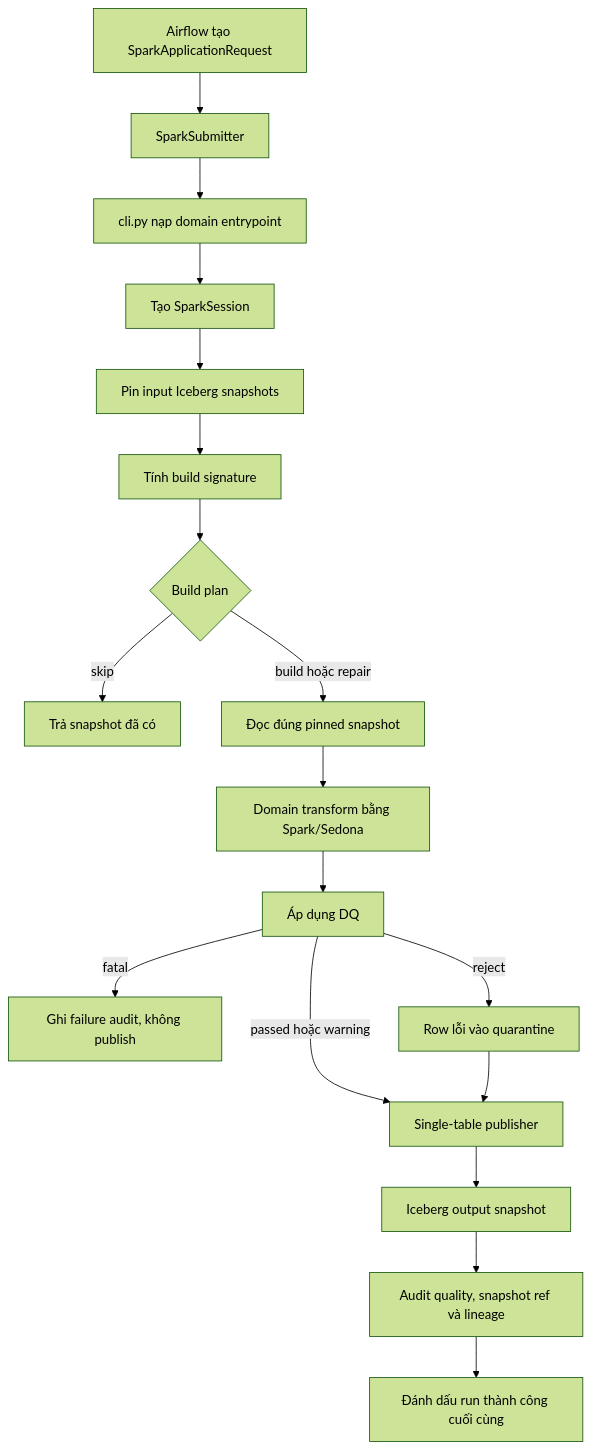
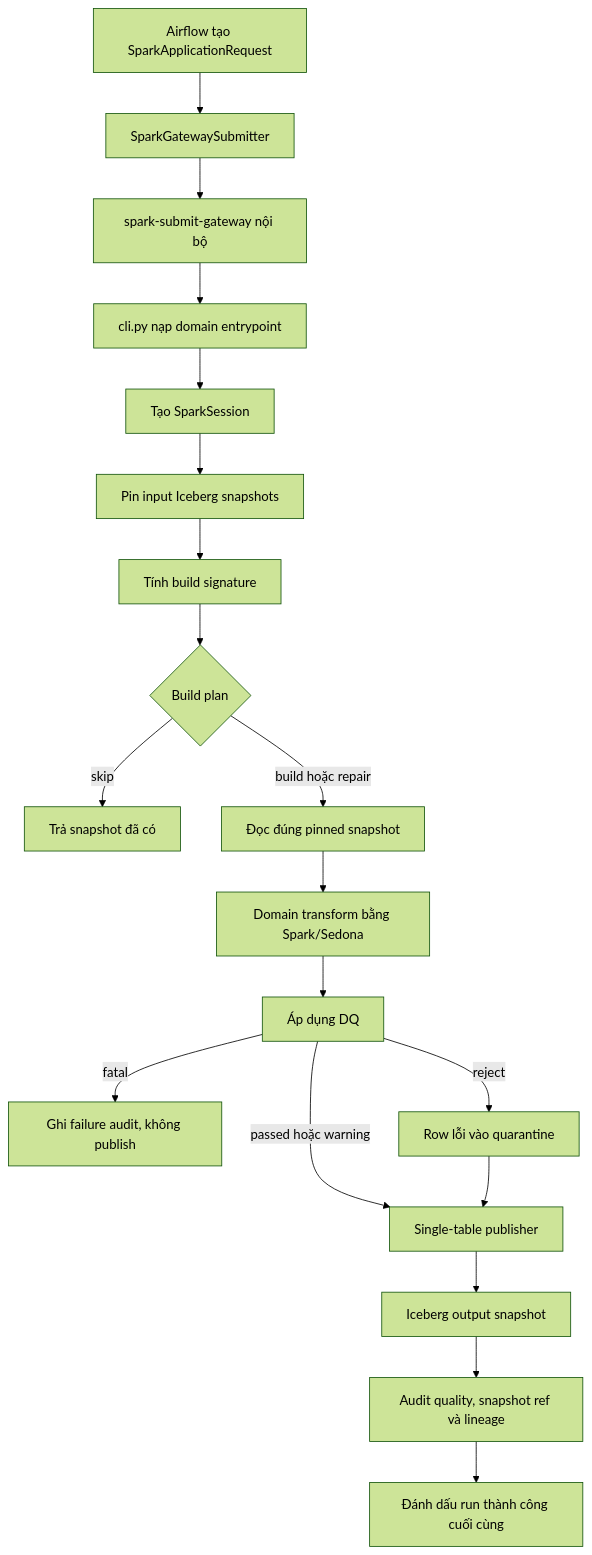
The diagram in src/flashflood_data/shared/spark/README.md (cloud-vmih/flood-lake-kg), drawn with Mermaid (forest theme) before and after one commit. The commit also changed other lines of this file and 49 other files, not shown here.

````diff
--- a/src/flashflood_data/shared/spark/README.md
+++ b/src/flashflood_data/shared/spark/README.md
@@ -31,20 +32,21 @@
 ```mermaid
 flowchart TD
-    A[Airflow tạo SparkApplicationRequest] --> B[SparkSubmitter]
-    B --> C[cli.py nạp domain entrypoint]
+    A[Airflow tạo SparkApplicationRequest] --> B[SparkGatewaySubmitter]
+    B --> GW[spark-submit-gateway nội bộ]
+    GW --> C[cli.py nạp domain entrypoint]
     C --> D[Tạo SparkSession]
     D --> E[Pin input Iceberg snapshots]
     E --> F[Tính build signature]
     F --> G{Build plan}
     G -->|skip| H[Trả snapshot đã có]
     G -->|build hoặc repair| I[Đọc đúng pinned snapshot]
     I --> J[Domain transform bằng Spark/Sedona]
     J --> K[Áp dụng DQ]
     K -->|fatal| L[Ghi failure audit, không publish]
     K -->|reject| M[Row lỗi vào quarantine]
     K -->|passed hoặc warning| N[Single-table publisher]
     M --> N
     N --> O[Iceberg output snapshot]
     O --> P[Audit quality, snapshot ref và lineage]
     P --> Q[Đánh dấu run thành công cuối cùng]
 ```
````
